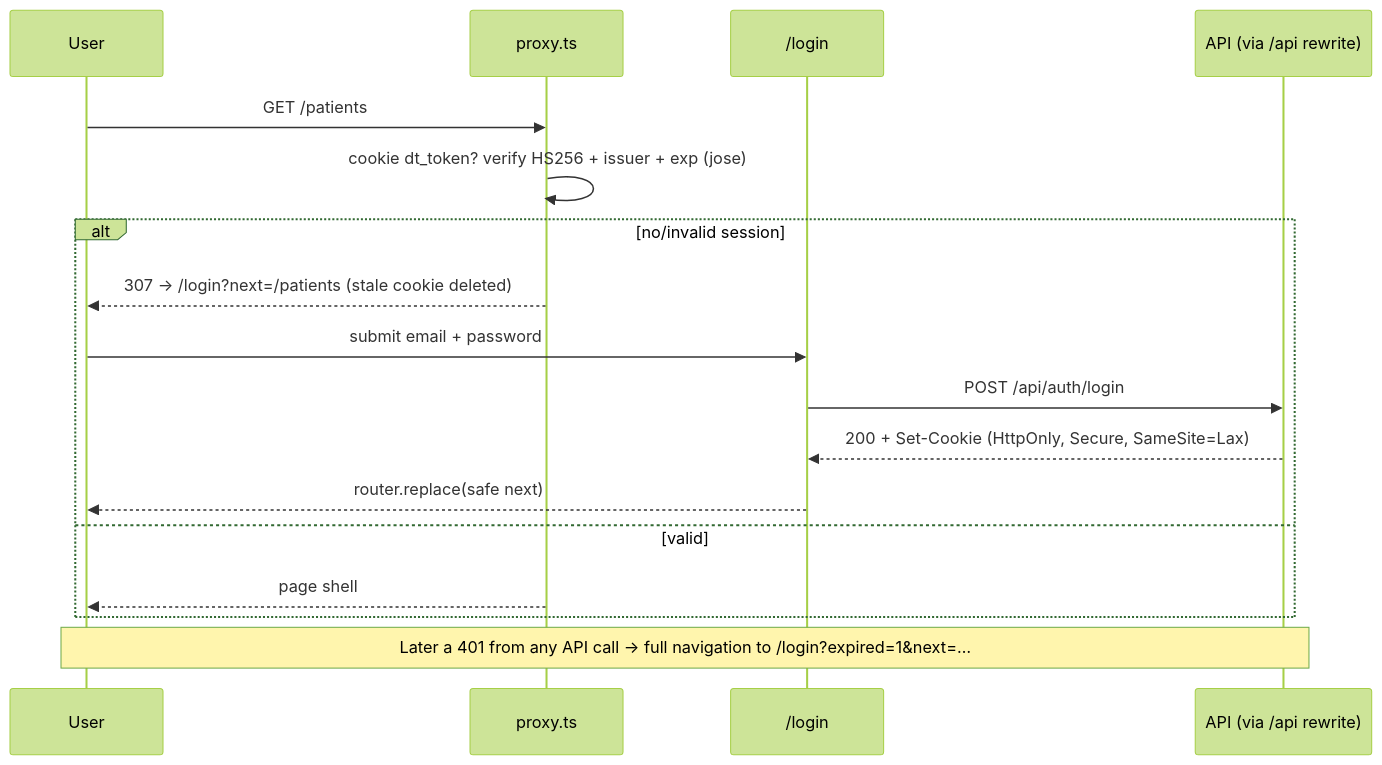
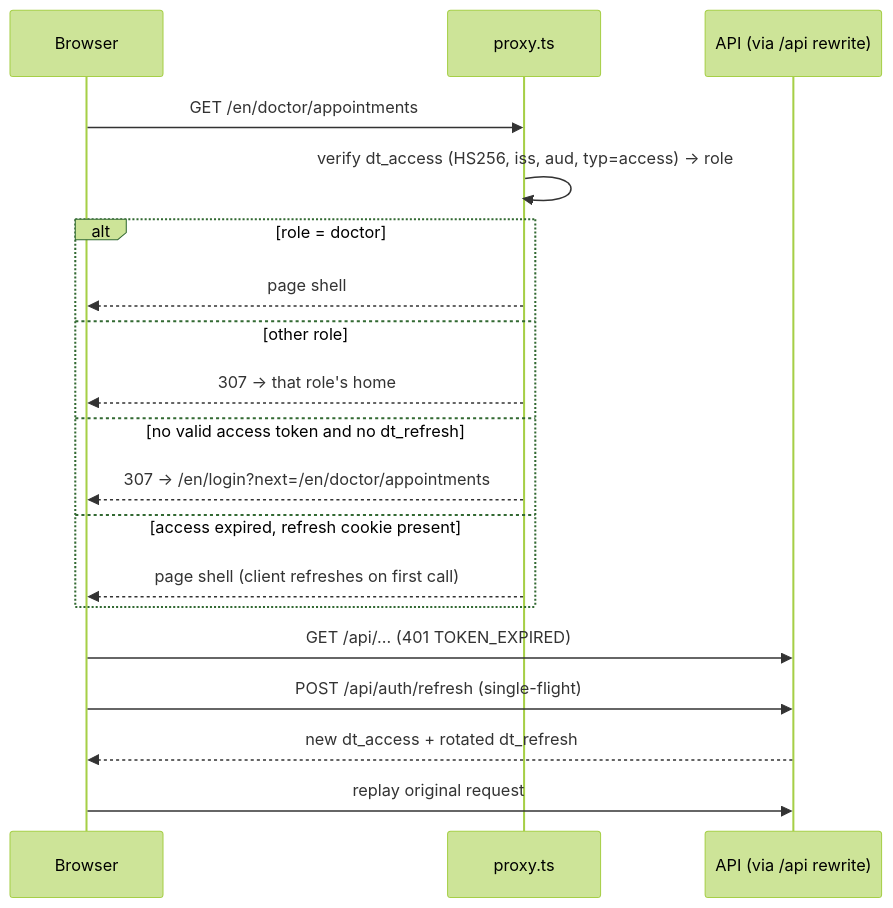
The second of 3 diagrams in ARCHITECTURE.md (sadatnuman/doctor-tracker-frontend), drawn with Mermaid (forest theme) before and after one commit. The commit also changed other lines of this file and 44 other files, not shown here.

````diff
--- a/ARCHITECTURE.md
+++ b/ARCHITECTURE.md
@@ -59,19 +112,21 @@
 ```mermaid
 sequenceDiagram
-    participant U as User
+    participant U as Browser
     participant PX as proxy.ts
-    participant L as /login
     participant API as API (via /api rewrite)
-    U->>PX: GET /patients
-    PX->>PX: cookie dt_token? verify HS256 + issuer + exp (jose)
-    alt no/invalid session
-      PX-->>U: 307 → /login?next=/patients (stale cookie deleted)
-      U->>L: submit email + password
-      L->>API: POST /api/auth/login
-      API-->>L: 200 + Set-Cookie (HttpOnly, Secure, SameSite=Lax)
-      L-->>U: router.replace(safe next)
-    else valid
+    U->>PX: GET /en/doctor/appointments
+    PX->>PX: verify dt_access (HS256, iss, aud, typ=access) → role
+    alt role = doctor
       PX-->>U: page shell
+    else other role
+      PX-->>U: 307 → that role's home
+    else no valid access token and no dt_refresh
+      PX-->>U: 307 → /en/login?next=/en/doctor/appointments
+    else access expired, refresh cookie present
+      PX-->>U: page shell (client refreshes on first call)
     end
-    Note over U,API: Later a 401 from any API call → full navigation to /login?expired=1&next=…
+    U->>API: GET /api/... (401 TOKEN_EXPIRED)
+    U->>API: POST /api/auth/refresh (single-flight)
+    API-->>U: new dt_access + rotated dt_refresh
+    U->>API: replay original request
 ```
````
